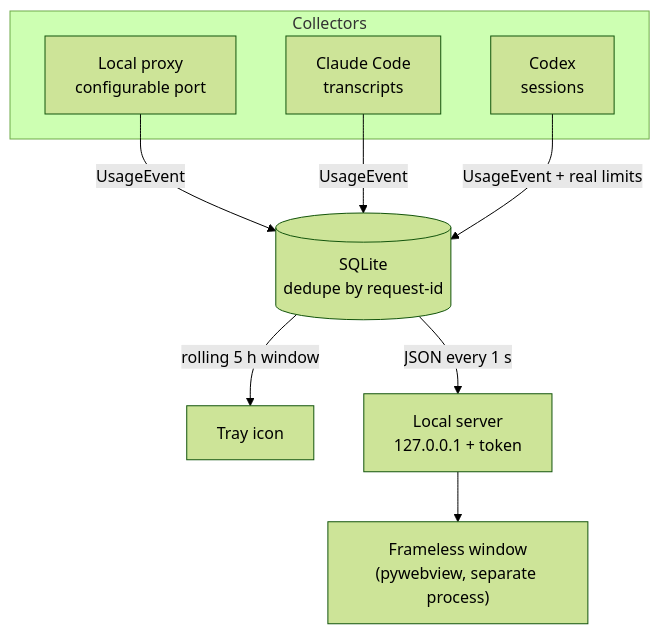
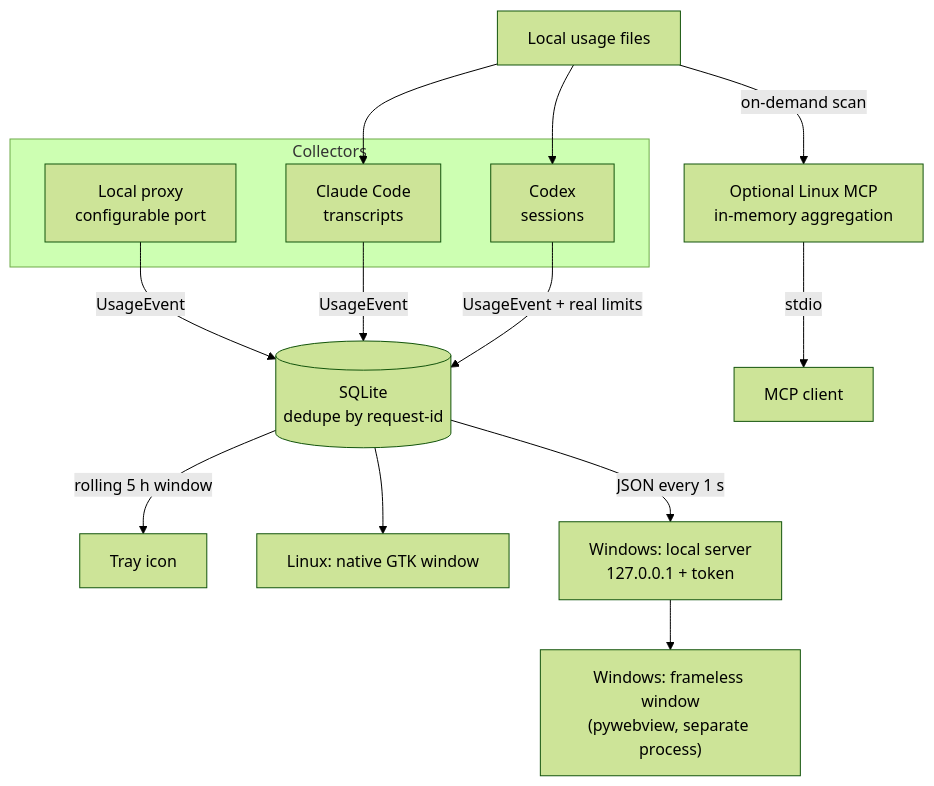
One commit to DDRG15/tokenmeter-tray changed the diagram in README.md. Above: the diagram before and after it, drawn with Mermaid (forest theme). The commit also changed other lines of this file and 52 other files, not shown here.

Commit message:
Add native Linux desktop and isolated Linux MCP server

````diff
--- a/README.md
+++ b/README.md
@@ -10,18 +10,23 @@
 ```mermaid
 flowchart TD
     subgraph collectors["Collectors"]
         P["Local proxy<br/>configurable port"]
         T["Claude Code<br/>transcripts"]
         C["Codex<br/>sessions"]
     end
 
     P -- "UsageEvent" --> DB
     T -- "UsageEvent" --> DB
     C -- "UsageEvent + real limits" --> DB
 
     DB[("SQLite<br/>dedupe by request-id")]
 
     DB -- "rolling 5 h window" --> I["Tray icon"]
-    DB -- "JSON every 1 s" --> S["Local server<br/>127.0.0.1 + token"]
-    S --> W["Frameless window<br/>(pywebview, separate process)"]
+    DB --> G["Linux: native GTK window"]
+    DB -- "JSON every 1 s" --> S["Windows: local server<br/>127.0.0.1 + token"]
+    S --> W["Windows: frameless window<br/>(pywebview, separate process)"]
+    F["Local usage files"] --> T
+    F --> C
+    F -- "on-demand scan" --> M["Optional Linux MCP<br/>in-memory aggregation"]
+    M -- "stdio" --> MC["MCP client"]
 ```
````
